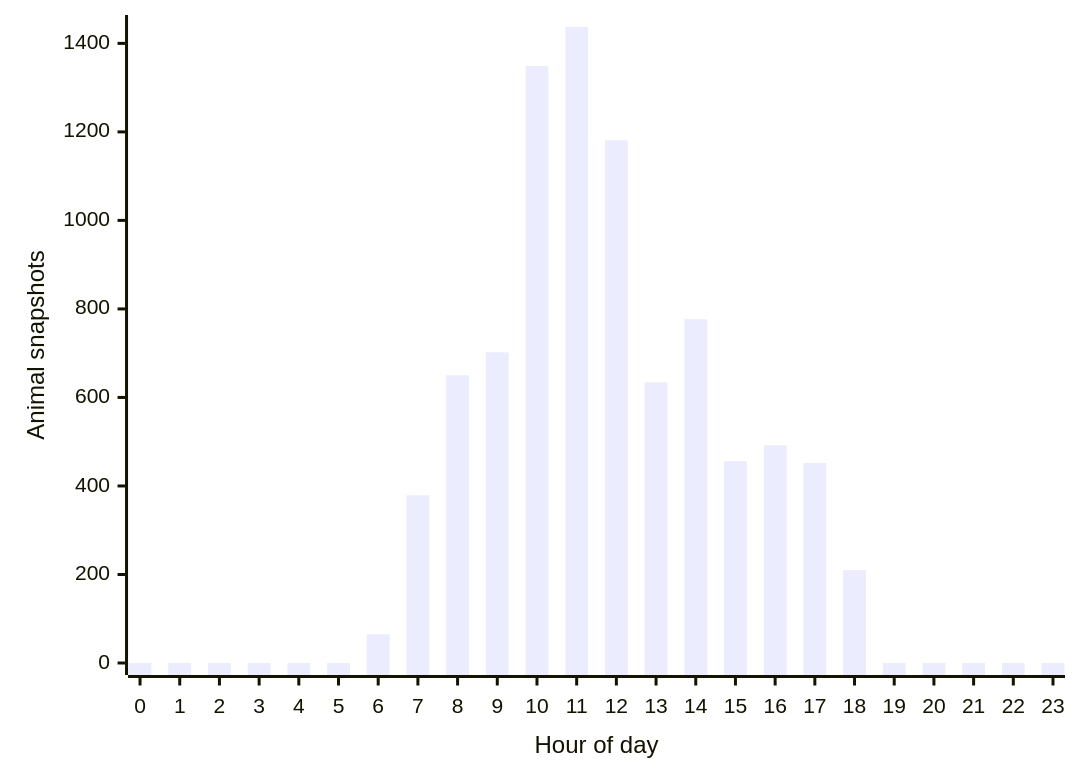
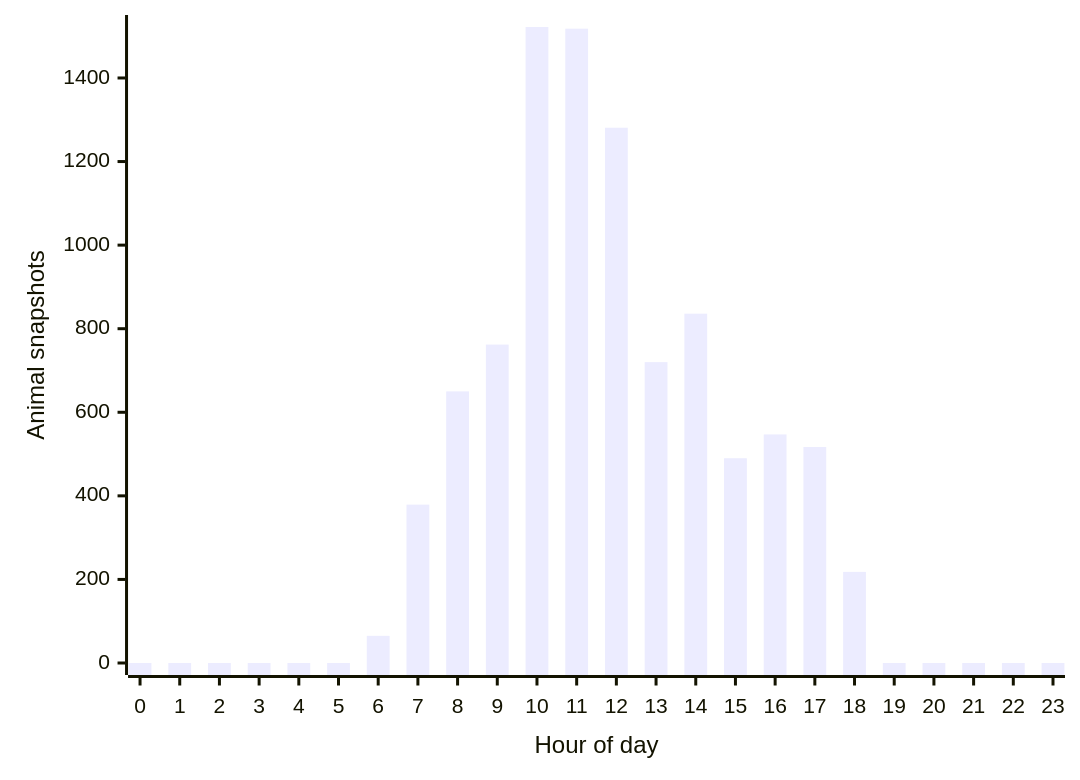
Before and after one commit to joshuafrommeyer-35/PierTracker: the second of 3 diagrams in README.md, drawn with Mermaid. The commit also changed other lines of this file and 7 other files, not shown here.

````diff
--- a/README.md
+++ b/README.md
@@ -143,6 +143,6 @@
 ```mermaid
 xychart-beta
     x-axis "Hour of day" [0, 1, 2, 3, 4, 5, 6, 7, 8, 9, 10, 11, 12, 13, 14, 15, 16, 17, 18, 19, 20, 21, 22, 23]
     y-axis "Animal snapshots"
-    bar [0, 0, 0, 0, 0, 0, 65, 379, 650, 702, 1349, 1437, 1181, 634, 777, 456, 492, 452, 210, 0, 0, 0, 0, 0]
+    bar [0, 0, 0, 0, 0, 0, 65, 379, 650, 762, 1522, 1518, 1281, 720, 836, 490, 547, 517, 218, 0, 0, 0, 0, 0]
 ```
````
